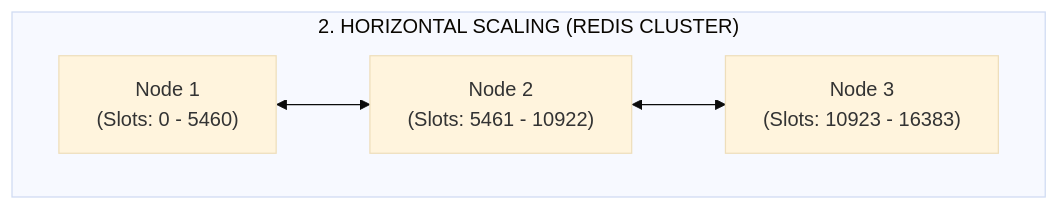
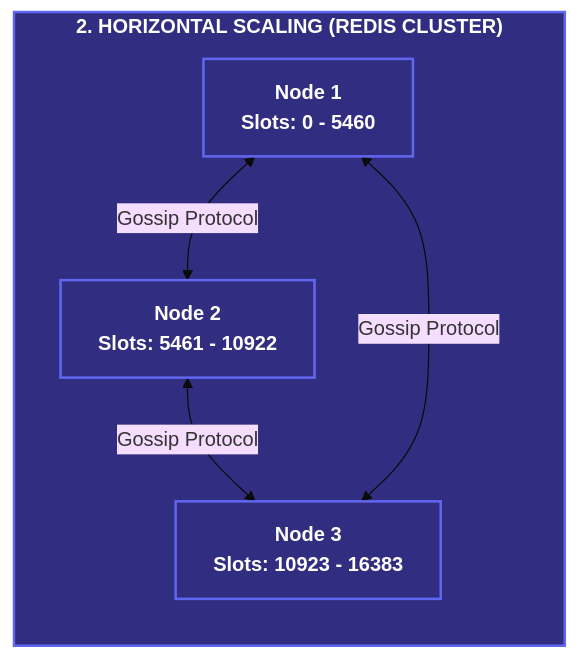
Before and after one commit to thinhtm123/BE: the fourth of 4 diagrams in caching/03_redis_fundamentals.md, drawn with Mermaid (base theme). The commit also changed other lines of this file and 15 other files, not shown here.

````diff
--- a/caching/03_redis_fundamentals.md
+++ b/caching/03_redis_fundamentals.md
@@ -116,7 +164,14 @@
 ```mermaid
 graph LR
+    classDef cluster fill:#312e81,stroke:#6366f1,stroke-width:2px,color:#fff,font-weight:bold;
+
     subgraph CLUSTER ["2. HORIZONTAL SCALING (REDIS CLUSTER)"]
-        direction LR
-        N1["Node 1<br/>(Slots: 0 - 5460)"] <--> N2["Node 2<br/>(Slots: 5461 - 10922)"] <--> N3["Node 3<br/>(Slots: 10923 - 16383)"]
+        N1["Node 1<br/>Slots: 0 - 5460"]:::cluster
+        N2["Node 2<br/>Slots: 5461 - 10922"]:::cluster
+        N3["Node 3<br/>Slots: 10923 - 16383"]:::cluster
+
+        N1 <-->|Gossip Protocol| N2
+        N2 <-->|Gossip Protocol| N3
+        N3 <-->|Gossip Protocol| N1
     end
 ```
````
